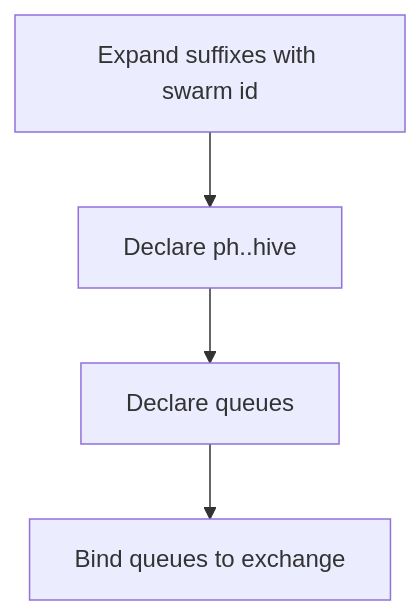
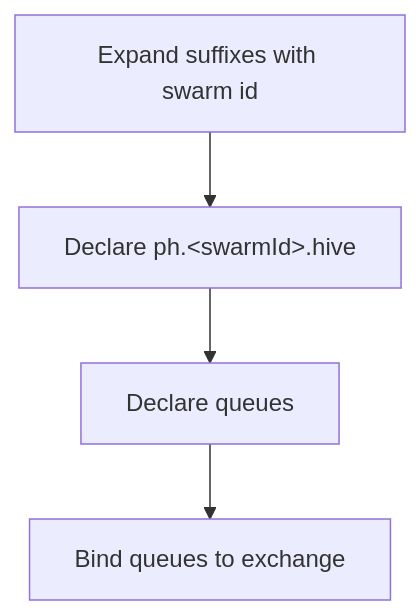
Before and after one commit to sepa79/PocketHive: the seventh of 8 diagrams in docs/ARCHITECTURE.md, drawn with Mermaid. The commit also changed other lines of this file and 5 other files, not shown here.

Commit message:
docs: fix architecture diagram syntax

````diff
--- a/docs/ARCHITECTURE.md
+++ b/docs/ARCHITECTURE.md
@@ -144,6 +144,6 @@
 ```mermaid
 flowchart TB
-  A[Expand suffixes with swarm id] --> B[Declare ph.<swarmId>.hive]
+  A[Expand suffixes with swarm id] --> B[Declare ph.&lt;swarmId&gt;.hive]
   B --> C[Declare queues]
   C --> D[Bind queues to exchange]
 ```
````
